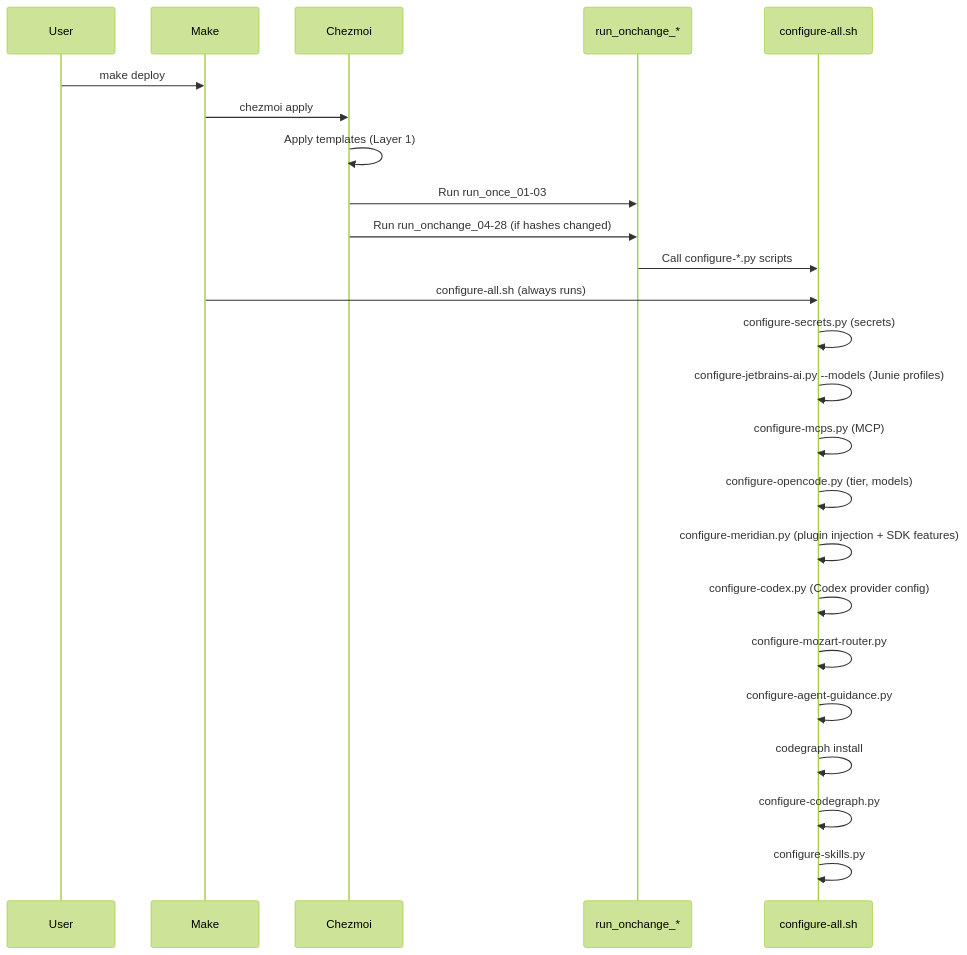
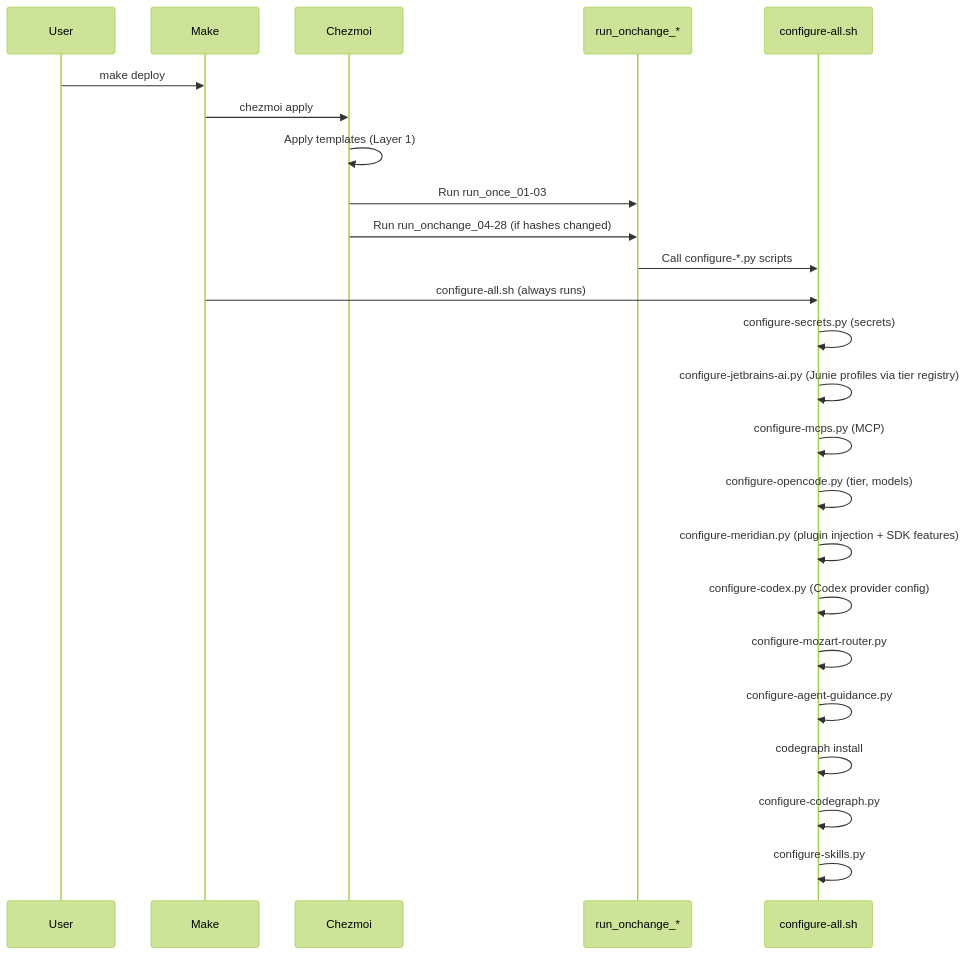
One commit to randytarampi/dotfiles changed the second of 3 diagrams in docs/ORCHESTRATION.md. Above: the diagram before and after it, drawn with Mermaid (forest theme). The commit also changed other lines of this file and 10 other files, not shown here.

First line of the commit message:
docs: update all docs for unified tier registry architecture

````diff
--- a/docs/ORCHESTRATION.md
+++ b/docs/ORCHESTRATION.md
@@ -79,27 +79,27 @@
 ```mermaid
 sequenceDiagram
     participant User
     participant Make
     participant Chezmoi
     participant Scripts as run_onchange_*
     participant Configure as configure-all.sh
 
     User->>Make: make deploy
     Make->>Chezmoi: chezmoi apply
     Chezmoi->>Chezmoi: Apply templates (Layer 1)
     Chezmoi->>Scripts: Run run_once_01-03
     Chezmoi->>Scripts: Run run_onchange_04-28 (if hashes changed)
     Scripts->>Configure: Call configure-*.py scripts
     Make->>Configure: configure-all.sh (always runs)
     Configure->>Configure: configure-secrets.py (secrets)
-    Configure->>Configure: configure-jetbrains-ai.py --models (Junie profiles)
+    Configure->>Configure: configure-jetbrains-ai.py (Junie profiles via tier registry)
     Configure->>Configure: configure-mcps.py (MCP)
     Configure->>Configure: configure-opencode.py (tier, models)
     Configure->>Configure: configure-meridian.py (plugin injection + SDK features)
     Configure->>Configure: configure-codex.py (Codex provider config)
     Configure->>Configure: configure-mozart-router.py
     Configure->>Configure: configure-agent-guidance.py
     Configure->>Configure: codegraph install
     Configure->>Configure: configure-codegraph.py
     Configure->>Configure: configure-skills.py
 ```
````
